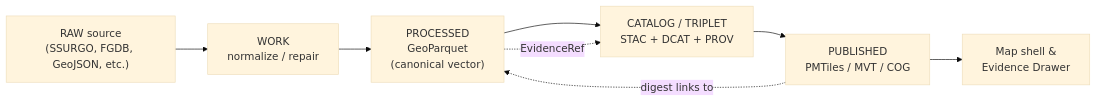
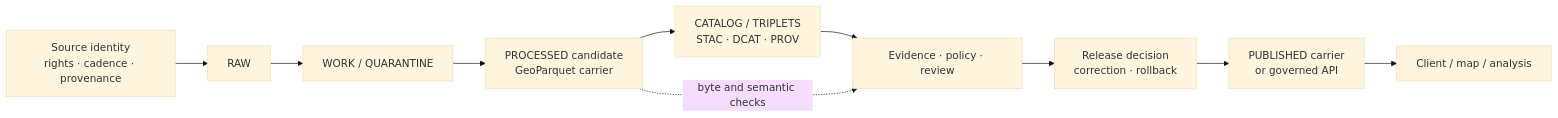
The diagram in docs/standards/GEOPARQUET.md (bartytime4life/Kansas-Frontier-Matrix), drawn with Mermaid (base theme) before and after one commit. The commit also changed other lines of this file, not shown here.

Commit message:
docs: modernize GeoParquet standards boundary

````diff
--- a/docs/standards/GEOPARQUET.md
+++ b/docs/standards/GEOPARQUET.md
@@ -117,13 +226,16 @@
 ```mermaid
 flowchart LR
-  RAW["RAW source<br/>(SSURGO, FGDB, GeoJSON, etc.)"]
-  WORK["WORK<br/>normalize / repair"]
-  GP["PROCESSED<br/>GeoParquet<br/>(canonical vector)"]
-  CAT["CATALOG / TRIPLET<br/>STAC + DCAT + PROV"]
-  PM["PUBLISHED<br/>PMTiles / MVT / COG"]
-  UI["Map shell &<br/>Evidence Drawer"]
+  SRC["Source identity<br/>rights · cadence · provenance"]
+  RAW["RAW"]
+  WORK["WORK / QUARANTINE"]
+  GP["PROCESSED candidate<br/>GeoParquet carrier"]
+  CAT["CATALOG / TRIPLETS<br/>STAC · DCAT · PROV"]
+  GOV["Evidence · policy · review"]
+  REL["Release decision<br/>correction · rollback"]
+  PUB["PUBLISHED carrier<br/>or governed API"]
+  UI["Client / map / analysis"]
 
-  RAW --> WORK --> GP --> CAT --> PM --> UI
-  GP -. EvidenceRef .-> CAT
-  PM -. digest links to .-> GP
+  SRC --> RAW --> WORK --> GP --> CAT
+  CAT --> GOV --> REL --> PUB --> UI
+  GP -. byte and semantic checks .-> GOV
 ```
````
